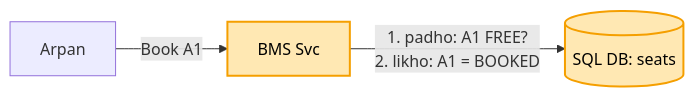
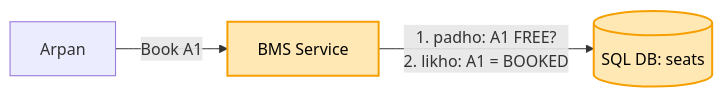
One commit to ArpanMaheshwari144/Prep changed the first of 5 diagrams in 04_HLD/SYSTEM_DESIGNS/09_bookmyshow/09_bookmyshow.md. Above: the diagram before and after it, drawn with Mermaid. The commit also changed other lines of this file and 8 other files, not shown here.

````diff
--- a/04_HLD/SYSTEM_DESIGNS/09_bookmyshow/09_bookmyshow.md
+++ b/04_HLD/SYSTEM_DESIGNS/09_bookmyshow/09_bookmyshow.md
@@ -66,7 +66,7 @@
 ```mermaid
 flowchart LR
-    U["Arpan"] -- "Book A1" --> S["BMS Svc"]
+    U["Arpan"] -- "Book A1" --> S["BMS Service"]
     S -- "1. padho: A1 FREE?<br/>2. likho: A1 = BOOKED" --> D[("SQL DB: seats")]
     style S fill:#ffe8b3,stroke:#f59f00,stroke-width:2px,color:#000
     style D fill:#ffe8b3,stroke:#f59f00,stroke-width:2px,color:#000
 ```
````
